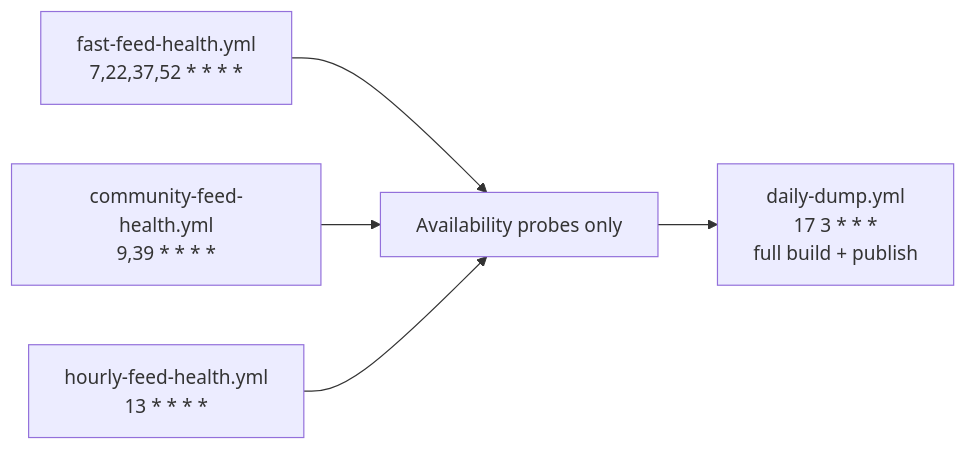
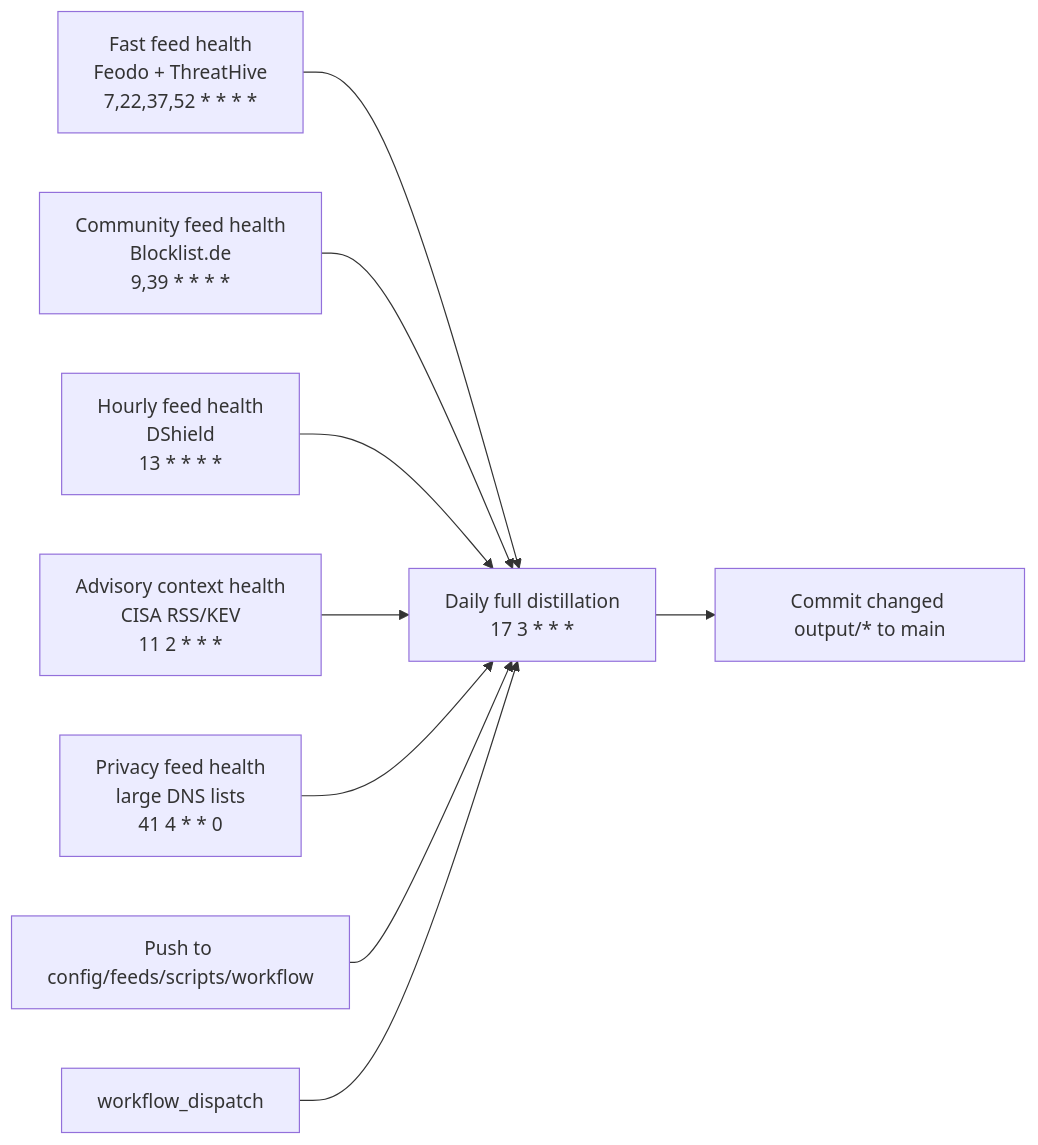
Before and after one commit to Ununp3ntium115/AbuseBlacklist: the third of 3 diagrams in README.md, drawn with Mermaid. The commit also changed other lines of this file and 29 other files, not shown here.

````diff
--- a/README.md
+++ b/README.md
@@ -98,7 +164,11 @@
 ```mermaid
 flowchart LR
-  fast["fast-feed-health.yml\n7,22,37,52 * * * *"] --> monitor["Availability probes only"]
-  community["community-feed-health.yml\n9,39 * * * *"] --> monitor
-  hourly["hourly-feed-health.yml\n13 * * * *"] --> monitor
-  monitor --> daily["daily-dump.yml\n17 3 * * *\nfull build + publish"]
+  fast["Fast feed health\nFeodo + ThreatHive\n7,22,37,52 * * * *"] --> daily["Daily full distillation\n17 3 * * *"]
+  community["Community feed health\nBlocklist.de\n9,39 * * * *"] --> daily
+  hourly["Hourly feed health\nDShield\n13 * * * *"] --> daily
+  advisory["Advisory context health\nCISA RSS/KEV\n11 2 * * *"] --> daily
+  privacy["Privacy feed health\nlarge DNS lists\n41 4 * * 0"] --> daily
+  push["Push to config/feeds/scripts/workflow"] --> daily
+  manual["workflow_dispatch"] --> daily
+  daily --> commit["Commit changed output/* to main"]
 ```
````
